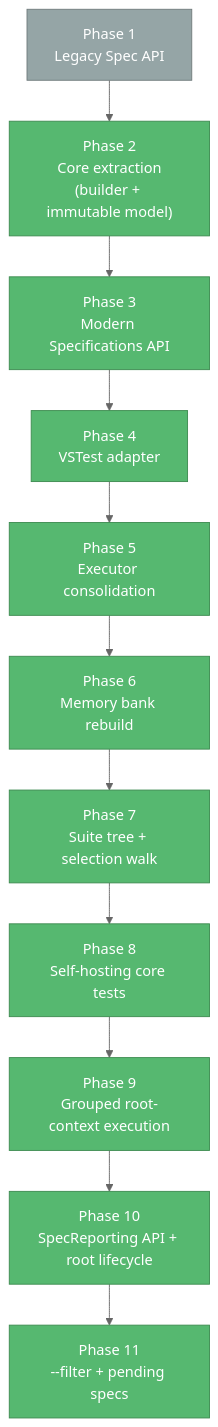
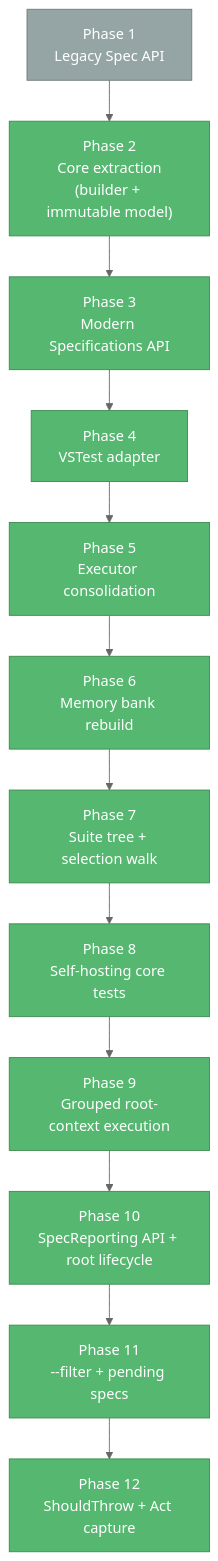
Before and after one commit to yozepi/Specs: the diagram in memory-bank/progress.md, drawn with Mermaid. The commit also changed other lines of this file and 24 other files, not shown here.

First line of the commit message:
Add ShouldThrow<T> and isolate Act exceptions

````diff
--- a/memory-bank/progress.md
+++ b/memory-bank/progress.md
@@ -71,21 +75,22 @@
 ```mermaid
 %%{init: {'theme': 'neutral', 'flowchart': {'nodeSpacing': 30, 'rankSpacing': 45, 'wrappingWidth': 160}}}%%
 flowchart TD
     P1["Phase 1<br/>Legacy Spec API"]:::deprecated
     P2["Phase 2<br/>Core extraction<br/>(builder + immutable model)"]:::app
     P3["Phase 3<br/>Modern Specifications API"]:::app
     P4["Phase 4<br/>VSTest adapter"]:::app
     P5["Phase 5<br/>Executor consolidation"]:::app
     P6["Phase 6<br/>Memory bank rebuild"]:::app
     P7["Phase 7<br/>Suite tree + selection walk"]:::app
     P8["Phase 8<br/>Self-hosting core tests"]:::app
     P9["Phase 9<br/>Grouped root-context execution"]:::app
     P10["Phase 10<br/>SpecReporting API + root lifecycle"]:::app
     P11["Phase 11<br/>--filter + pending specs"]:::app
+    P12["Phase 12<br/>ShouldThrow + Act capture"]:::app
 
     P1 --> P2 --> P3 --> P4
-    P4 --> P5 --> P6 --> P7 --> P8 --> P9 --> P10 --> P11
+    P4 --> P5 --> P6 --> P7 --> P8 --> P9 --> P10 --> P11 --> P12
 
     classDef app fill:#56B870,stroke:#3D8B50,color:#fff
     classDef deprecated fill:#95A5A6,stroke:#707B7C,color:#fff
 ```
````
